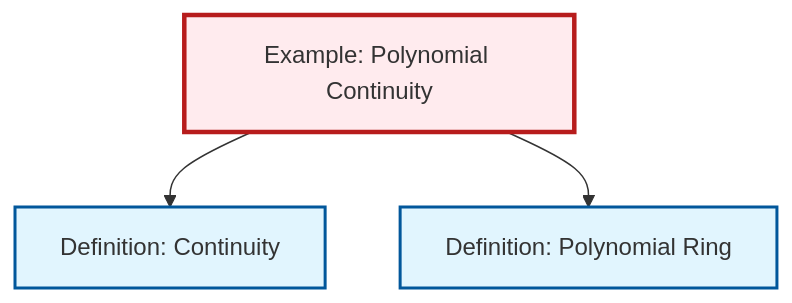
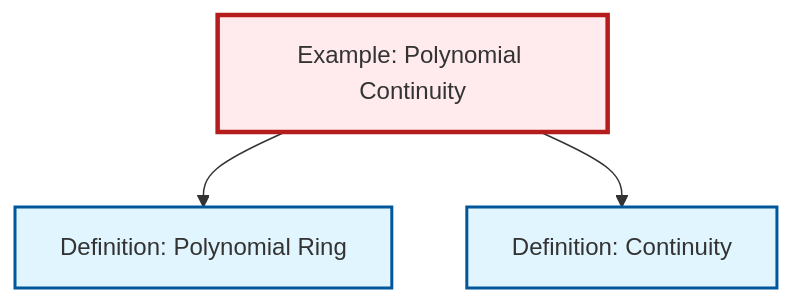
One commit to RK0429/ModernMath changed the diagram in content/en/analysis/ex-polynomial-continuity.qmd. Above: the diagram before and after it, drawn with Mermaid. The commit also changed other lines of this file and 1012 other files, not shown here.

````diff
--- a/content/en/analysis/ex-polynomial-continuity.qmd
+++ b/content/en/analysis/ex-polynomial-continuity.qmd
@@ -57,17 +57,17 @@
 ```{mermaid}
 %%| fig-cap: "Local dependency graph"
 graph TD
     classDef definition fill:#e1f5fe,stroke:#01579b,stroke-width:2px
     classDef theorem fill:#f3e5f5,stroke:#4a148c,stroke-width:2px
     classDef axiom fill:#fff3e0,stroke:#e65100,stroke-width:2px
     classDef example fill:#e8f5e9,stroke:#1b5e20,stroke-width:2px
     classDef current fill:#ffebee,stroke:#b71c1c,stroke-width:3px
+    def-continuity["Definition: Continuity"]:::definition
     def-polynomial-ring["Definition: Polynomial Ring"]:::definition
     ex-polynomial-continuity["Example: Polynomial Continuity"]:::example
-    def-continuity["Definition: Continuity"]:::definition
+    ex-polynomial-continuity --> def-polynomial-ring
     ex-polynomial-continuity --> def-continuity
-    ex-polynomial-continuity --> def-polynomial-ring
     class ex-polynomial-continuity current
+    click def-continuity "def-continuity.html" "Go to Continuity definition"
     click def-polynomial-ring "def-polynomial-ring.html" "Go to Polynomial Ring definition"
-    click def-continuity "def-continuity.html" "Go to Continuity definition"
 ```
````
